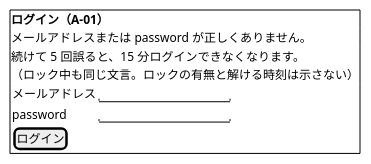
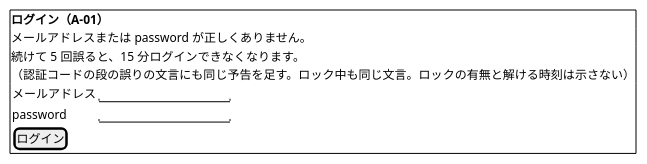
One commit to k2works/practical-domain-driven-design-in-enterpris-application changed the fourth of 4 diagrams in docs/development/cargo-tracker/bolt_32_plan.md. Above: the diagram before and after it, drawn with PlantUML. The commit also changed other lines of this file and 4 other files, not shown here.

````diff
--- a/docs/development/cargo-tracker/bolt_32_plan.md
+++ b/docs/development/cargo-tracker/bolt_32_plan.md
@@ -157,15 +177,15 @@
 ```plantuml
 @startsalt
 {+
   <b>ログイン（A-01）
   メールアドレスまたは password が正しくありません。
   続けて 5 回誤ると、15 分ログインできなくなります。
-  （ロック中も同じ文言。ロックの有無と解ける時刻は示さない）
+  （認証コードの段の誤りの文言にも同じ予告を足す。ロック中も同じ文言。ロックの有無と解ける時刻は示さない）
   {
     メールアドレス | "                "
     password | "                "
     [ ログイン ]
   }
 }
 @endsalt
 ```
````
